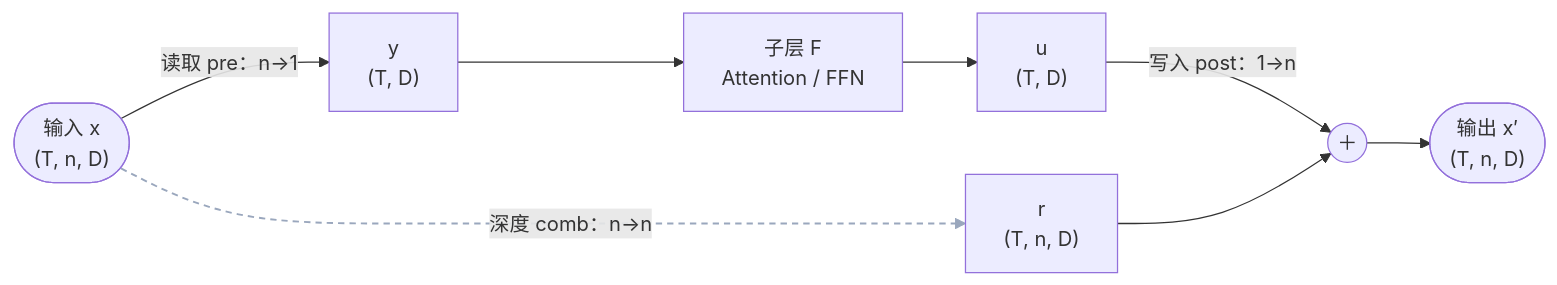
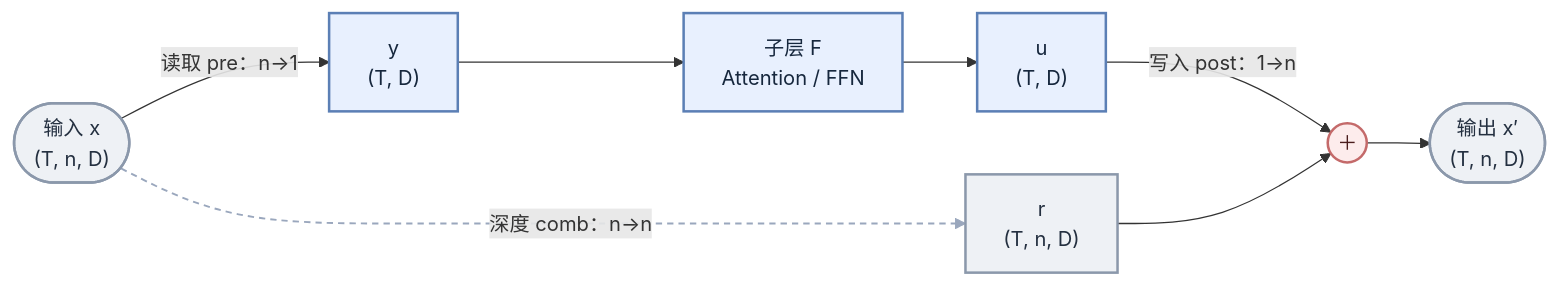
The third of 8 diagrams in vllm_ascend/models/deepseek_v4/dsv4_docs/mhc.md (GoCHug/vllm-ascend), drawn with Mermaid before and after one commit. The commit also changed other lines of this file, not shown here.

````diff
--- a/vllm_ascend/models/deepseek_v4/dsv4_docs/mhc.md
+++ b/vllm_ascend/models/deepseek_v4/dsv4_docs/mhc.md
@@ -203,11 +218,19 @@
 ```mermaid
 flowchart LR
     X(["输入 x<br/>(T, n, D)"]) -->|"读取 pre：n→1"| Y["y<br/>(T, D)"]
     Y --> F["子层 F<br/>Attention / FFN"]
     F --> U["u<br/>(T, D)"]
     U -->|"写入 post：1→n"| ADD(("＋"))
     X -.->|"深度 comb：n→n"| R["r<br/>(T, n, D)"]
     R --> ADD
     ADD --> O(["输出 x′<br/>(T, n, D)"])
     linkStyle 4 stroke:#9aa7bd,stroke-width:1.5px,stroke-dasharray:5 4;
+    classDef io fill:#eaf4ea,stroke:#5c8a63,stroke-width:2px,color:#1d3524;
+    classDef op fill:#e8f0fe,stroke:#5b7fb5,stroke-width:2px,color:#16273d;
+    classDef mix fill:#fdecec,stroke:#c46a6a,stroke-width:2px,color:#4a1d1d;
+    classDef stream fill:#eef1f5,stroke:#8b98ab,stroke-width:2px,color:#243040;
+    class X,O stream;
+    class Y,U,F op;
+    class R stream;
+    class ADD mix;
 ```
````
